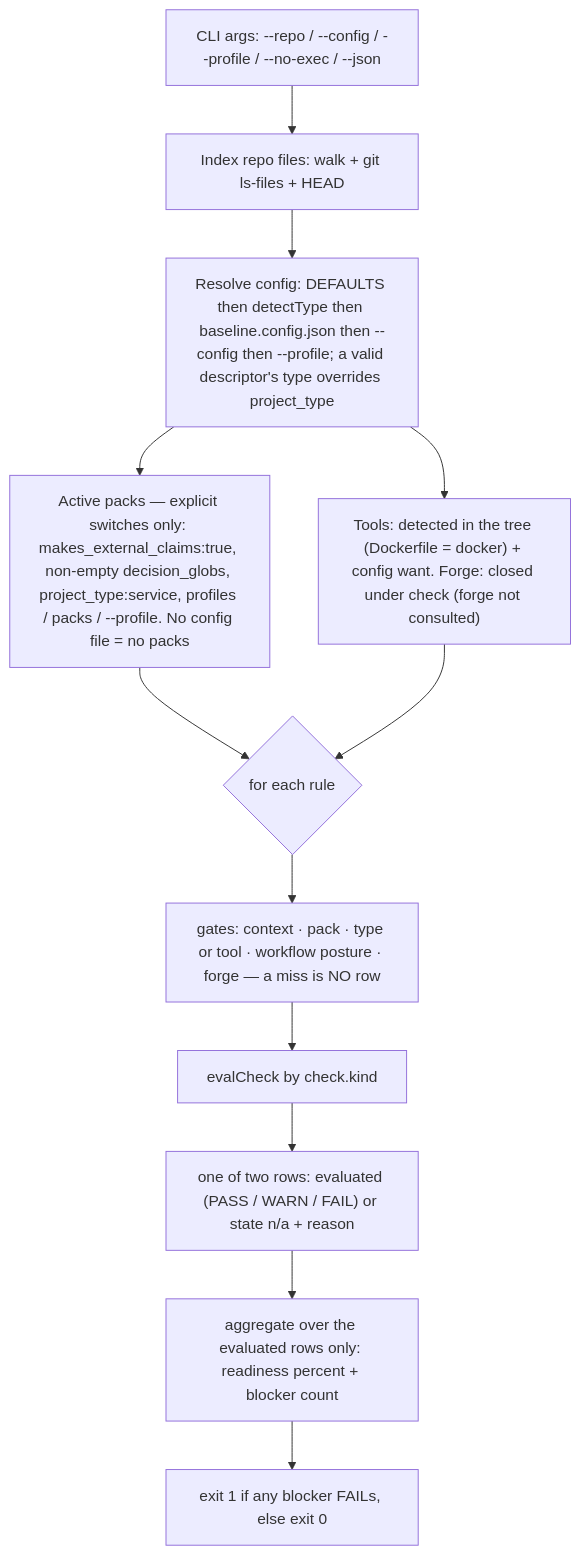
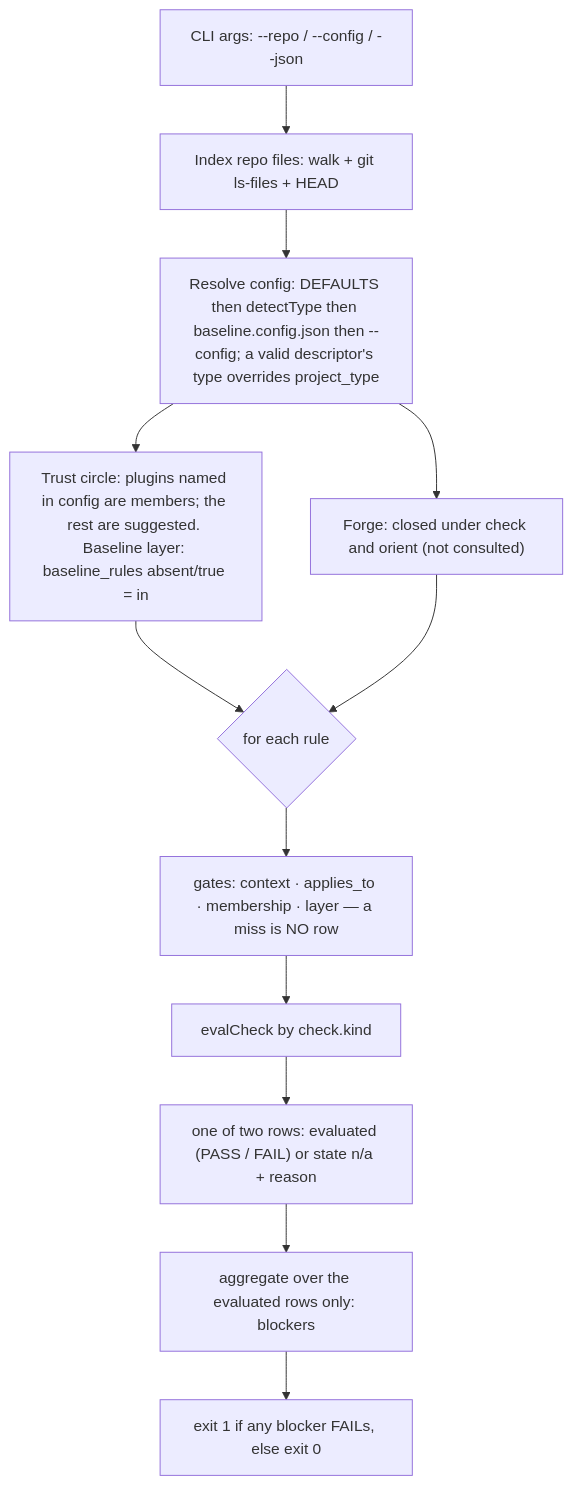
One commit to AdarGit008/baseline-skill changed the second of 3 diagrams in docs/REFERENCE.md. Above: the diagram before and after it, drawn with Mermaid. The commit also changed other lines of this file and 9 other files, not shown here.

````diff
--- a/docs/REFERENCE.md
+++ b/docs/REFERENCE.md
@@ -98,14 +79,14 @@
 ```mermaid
 flowchart TD
-  A["CLI args: --repo / --config / --profile / --no-exec / --json"] --> B["Index repo files: walk + git ls-files + HEAD"]
-  B --> C["Resolve config: DEFAULTS then detectType then baseline.config.json then --config then --profile; a valid descriptor's type overrides project_type"]
-  C --> D["Active packs — explicit switches only: makes_external_claims:true, non-empty decision_globs, project_type:service, profiles / packs / --profile. No config file = no packs"]
-  C --> E["Tools: detected in the tree (Dockerfile = docker) + config want. Forge: closed under check (forge not consulted)"]
+  A["CLI args: --repo / --config / --json"] --> B["Index repo files: walk + git ls-files + HEAD"]
+  B --> C["Resolve config: DEFAULTS then detectType then baseline.config.json then --config; a valid descriptor's type overrides project_type"]
+  C --> D["Trust circle: plugins named in config are members; the rest are suggested. Baseline layer: baseline_rules absent/true = in"]
+  C --> E["Forge: closed under check and orient (not consulted)"]
   D --> F{"for each rule"}
   E --> F
-  F --> G["gates: context · pack · type or tool · workflow posture · forge — a miss is NO row"]
+  F --> G["gates: context · applies_to · membership · layer — a miss is NO row"]
   G --> H["evalCheck by check.kind"]
-  H --> I["one of two rows: evaluated (PASS / WARN / FAIL) or state n/a + reason"]
-  I --> J["aggregate over the evaluated rows only: readiness percent + blocker count"]
+  H --> I["one of two rows: evaluated (PASS / FAIL) or state n/a + reason"]
+  I --> J["aggregate over the evaluated rows only: blockers"]
   J --> K["exit 1 if any blocker FAILs, else exit 0"]
 ```
````
